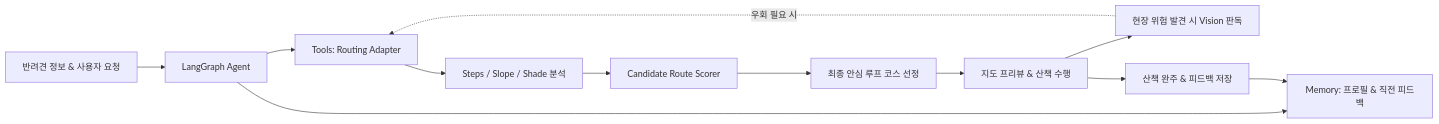
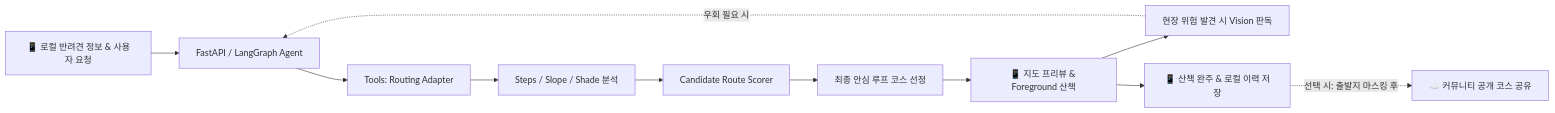
The diagram in docs/02_PawTrail_Team_building.md (gigantess/PawTrail), drawn with Mermaid before and after one commit. The commit also changed other lines of this file and 6 other files, not shown here.

````diff
--- a/docs/02_PawTrail_Team_building.md
+++ b/docs/02_PawTrail_Team_building.md
@@ -80,14 +56,13 @@
 ```mermaid
 flowchart LR
-    A[반려견 정보 & 사용자 요청] --> B[LangGraph Agent]
-    B --> C[Memory: 프로필 & 직전 피드백]
-    B --> D[Tools: Routing Adapter]
-    D --> E[Steps / Slope / Shade 분석]
-    E --> F[Candidate Route Scorer]
-    F --> G[최종 안심 루프 코스 선정]
-    G --> H[지도 프리뷰 & 산책 수행]
-    H --> I[현장 위험 발견 시 Vision 판독]
-    I -.->|우회 필요 시| D
-    H --> J[산책 완주 & 피드백 저장]
-    J --> C
+    A[📱 로컬 반려견 정보 & 사용자 요청] --> B[FastAPI / LangGraph Agent]
+    B --> C[Tools: Routing Adapter]
+    C --> D[Steps / Slope / Shade 분석]
+    D --> E[Candidate Route Scorer]
+    E --> F[최종 안심 루프 코스 선정]
+    F --> G[📱 지도 프리뷰 & Foreground 산책]
+    G --> H[현장 위험 발견 시 Vision 판독]
+    H -.->|우회 필요 시| B
+    G --> I[📱 산책 완주 & 로컬 이력 저장]
+    I -.->|선택 시: 출발지 마스킹 후| J[☁️ 커뮤니티 공개 코스 공유]
 ```
````
